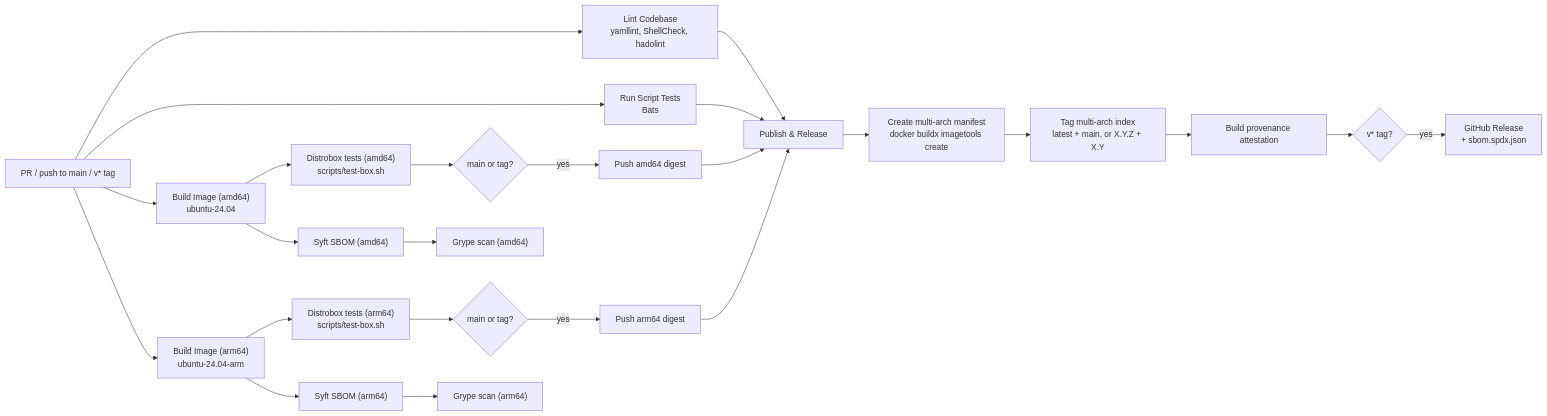
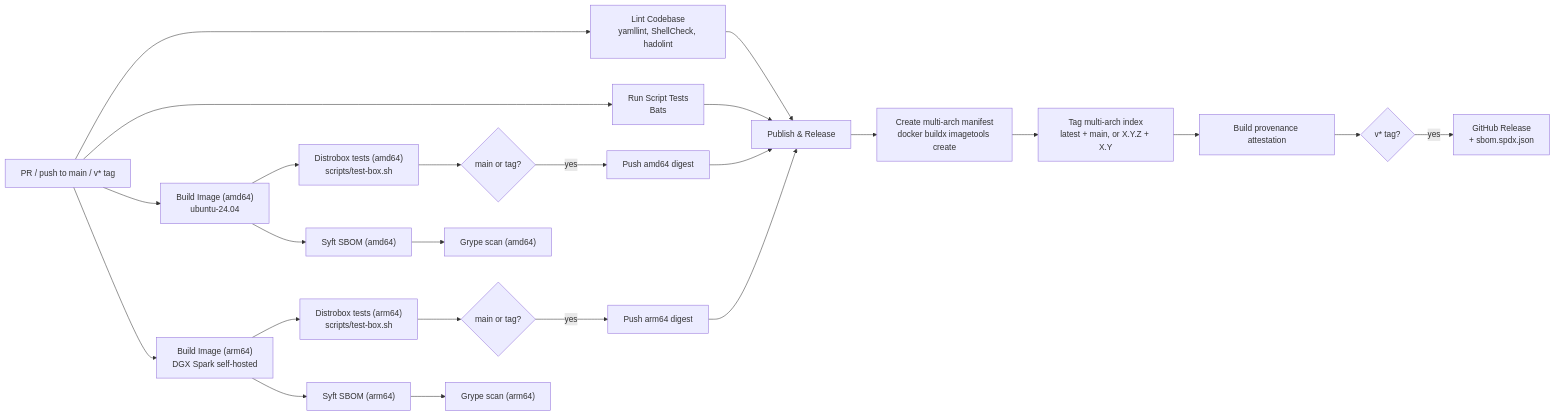
One commit to wtg-codes/agy-box changed the diagram in docs/architecture/system-architecture.md. Above: the diagram before and after it, drawn with Mermaid. The commit also changed other lines of this file and 29 other files, not shown here.

````diff
--- a/docs/architecture/system-architecture.md
+++ b/docs/architecture/system-architecture.md
@@ -113,26 +102,26 @@
 ```mermaid
 flowchart LR
     trigger["PR / push to main / v* tag"] --> lint["Lint Codebase<br/>yamllint, ShellCheck, hadolint"]
     trigger --> bats["Run Script Tests<br/>Bats"]
     trigger --> build_amd64["Build Image (amd64)<br/>ubuntu-24.04"]
-    trigger --> build_arm64["Build Image (arm64)<br/>ubuntu-24.04-arm"]
+    trigger --> build_arm64["Build Image (arm64)<br/>DGX Spark self-hosted"]
     build_amd64 --> itest_amd64["Distrobox tests (amd64)<br/>scripts/test-box.sh"]
     build_arm64 --> itest_arm64["Distrobox tests (arm64)<br/>scripts/test-box.sh"]
     build_amd64 --> sbom_amd64["Syft SBOM (amd64)"]
     build_arm64 --> sbom_arm64["Syft SBOM (arm64)"]
     sbom_amd64 --> grype_amd64["Grype scan (amd64)"]
     sbom_arm64 --> grype_arm64["Grype scan (arm64)"]
     itest_amd64 --> push_amd64{"main or tag?"}
     itest_arm64 --> push_arm64{"main or tag?"}
     push_amd64 -- "yes" --> digest_amd64["Push amd64 digest"]
     push_arm64 -- "yes" --> digest_arm64["Push arm64 digest"]
     lint --> publish["Publish & Release"]
     bats --> publish
     digest_amd64 --> publish
     digest_arm64 --> publish
     publish --> manifest["Create multi-arch manifest<br/>docker buildx imagetools create"]
     manifest --> tags["Tag multi-arch index<br/>latest + main, or X.Y.Z + X.Y"]
     tags --> prov["Build provenance attestation"]
     prov --> release{"v* tag?"}
     release -- "yes" --> gh["GitHub Release<br/>+ sbom.spdx.json"]
 ```
````
